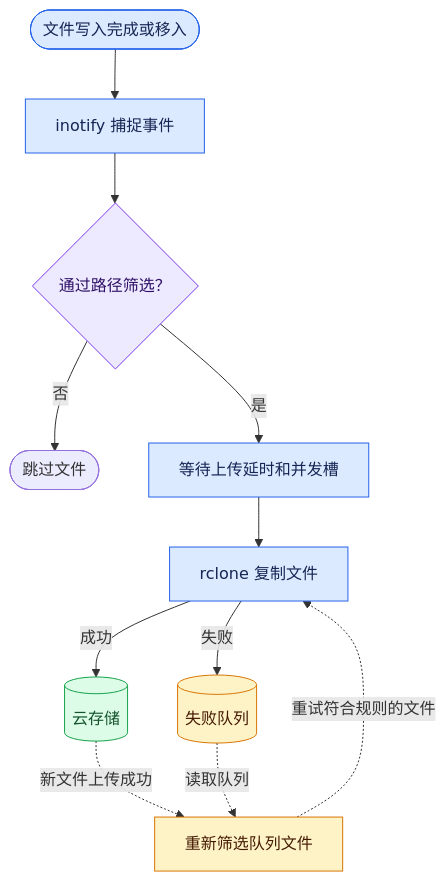
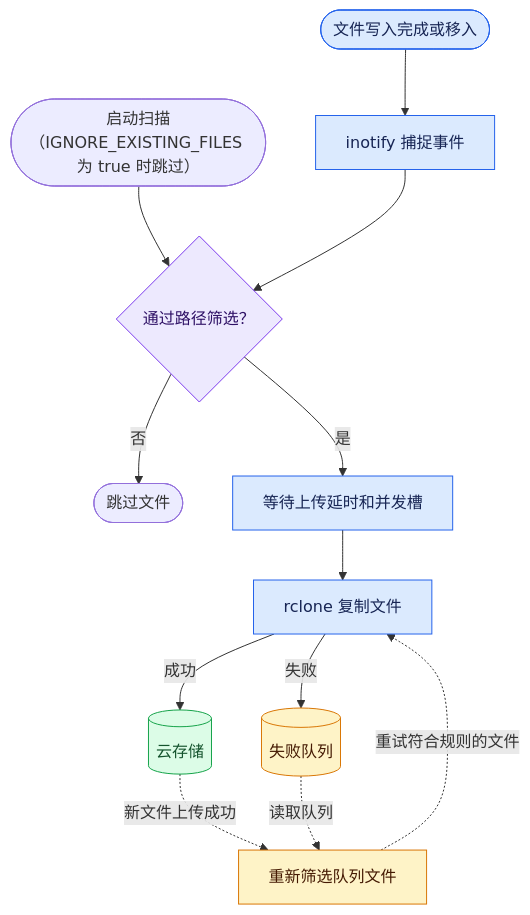
The diagram in README.zh-CN.md (ldsink/rclone-watch), drawn with Mermaid before and after one commit. The commit also changed other lines of this file and 4 other files, not shown here.

Commit message:
Upload existing files at startup by default

````diff
--- a/README.zh-CN.md
+++ b/README.zh-CN.md
@@ -125,22 +126,23 @@
 ```mermaid
 flowchart TD
     Event(["文件写入完成或移入"]) --> Watch["inotify 捕捉事件"]
+    Startup(["启动扫描（IGNORE_EXISTING_FILES 为 true 时跳过）"]) --> Filters
     Watch --> Filters{"通过路径筛选？"}
     Filters -->|否| Skip(["跳过文件"])
     Filters -->|是| Wait["等待上传延时和并发槽"]
     Wait --> Upload["rclone 复制文件"]
     Upload -->|成功| Cloud[("云存储")]
     Upload -->|失败| Queue[("失败队列")]
     Cloud -.->|新文件上传成功| Retry["重新筛选队列文件"]
     Queue -.->|读取队列| Retry
     Retry -.->|重试符合规则的文件| Upload
 
     classDef input fill:#dbeafe,stroke:#2563eb,color:#172554
     classDef decision fill:#ede9fe,stroke:#7c3aed,color:#2e1065
     classDef success fill:#dcfce7,stroke:#16a34a,color:#14532d
     classDef retry fill:#fef3c7,stroke:#d97706,color:#451a03
     class Event,Watch,Wait,Upload input
     class Filters decision
     class Cloud success
     class Queue,Retry retry
 ```
````
